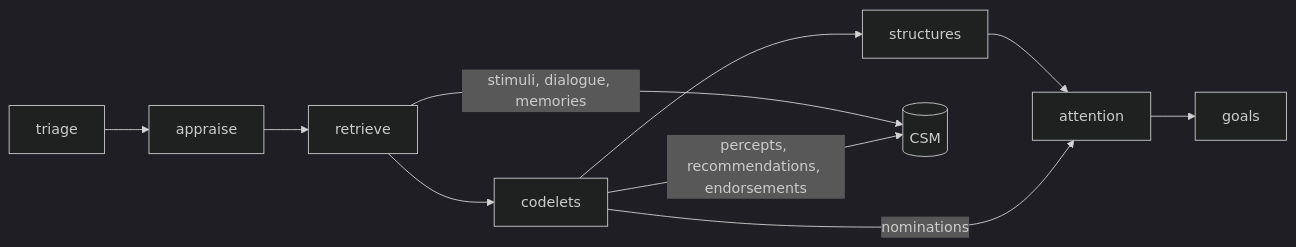
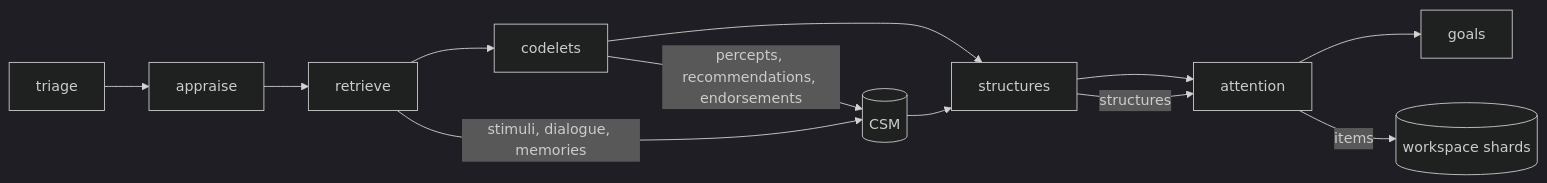
One commit to flamingrickpat/private-machine changed the diagram in docs/subsystems/codelets.md. Above: the diagram before and after it, drawn with Mermaid (dark theme). The commit also changed other lines of this file and 45 other files, not shown here.

````diff
--- a/docs/subsystems/codelets.md
+++ b/docs/subsystems/codelets.md
@@ -30,7 +30,9 @@
 ```mermaid
 flowchart LR
     T[triage] --> A[appraise] --> R[retrieve] --> K[codelets] --> S[structures] --> N[attention] --> G[goals]
     R -- stimuli, dialogue, memories --> CSM[(CSM)]
     K -- percepts, recommendations, endorsements --> CSM
-    K -- nominations --> N
+    CSM --> S
+    S -- structures --> N
+    N -- items --> W[(workspace shards)]
 ```
````
